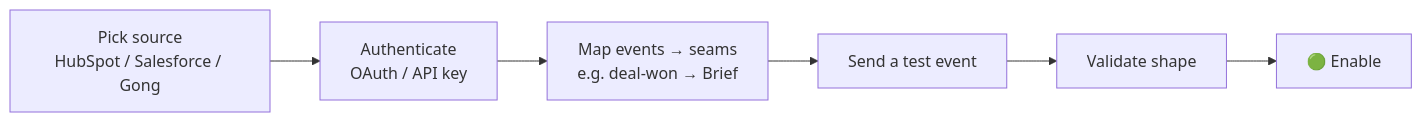
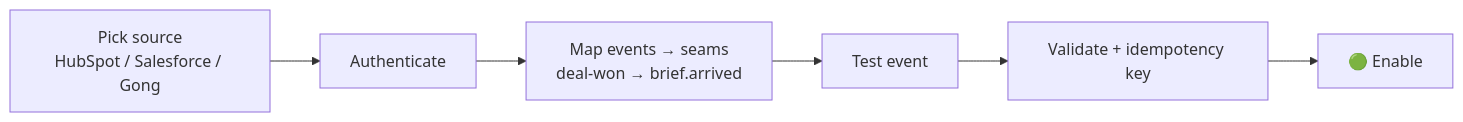
One commit to anupsahoo/revenueos changed the sixth of 10 diagrams in PRODUCT.md. Above: the diagram before and after it, drawn with Mermaid. The commit also changed other lines of this file and 6 other files, not shown here.

````diff
--- a/PRODUCT.md
+++ b/PRODUCT.md
@@ -96,6 +217,6 @@
 ```mermaid
 flowchart LR
-  S1["Pick source<br/>HubSpot / Salesforce / Gong"] --> S2["Authenticate<br/>OAuth / API key"]
-  S2 --> S3["Map events → seams<br/>e.g. deal-won → Brief"]
-  S3 --> S4["Send a test event"] --> S5["Validate shape"] --> S6["🟢 Enable"]
+  S1["Pick source<br/>HubSpot / Salesforce / Gong"] --> S2["Authenticate"]
+  S2 --> S3["Map events → seams<br/>deal-won → brief.arrived"]
+  S3 --> S4["Test event"] --> S5["Validate + idempotency key"] --> S6["🟢 Enable"]
 ```
````
